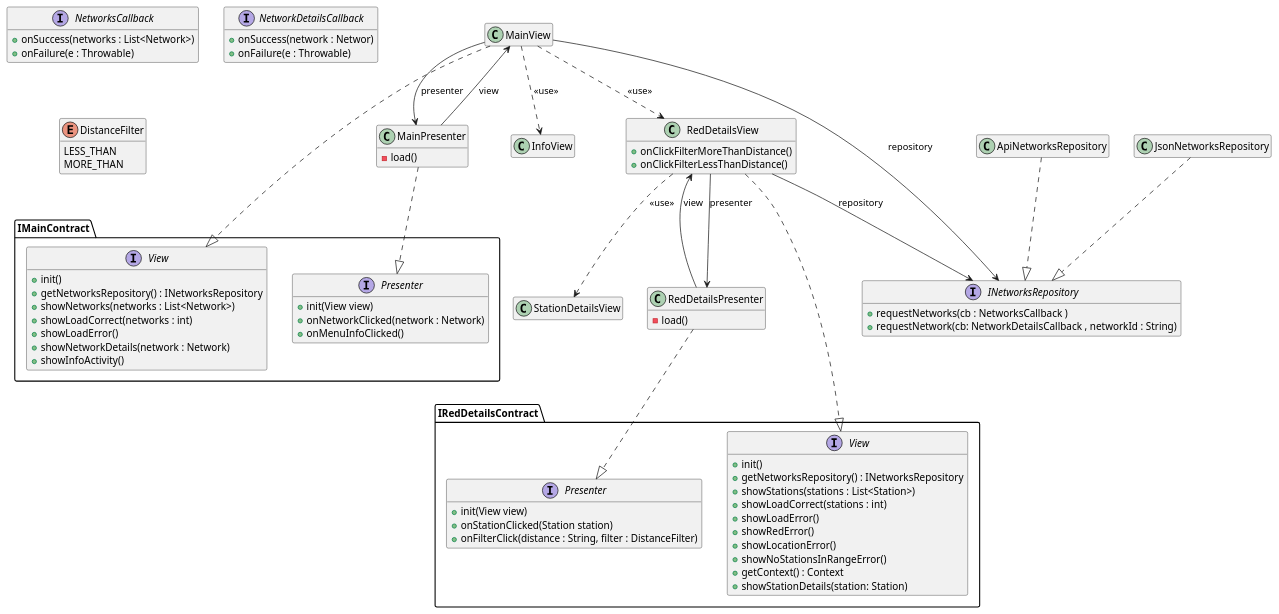
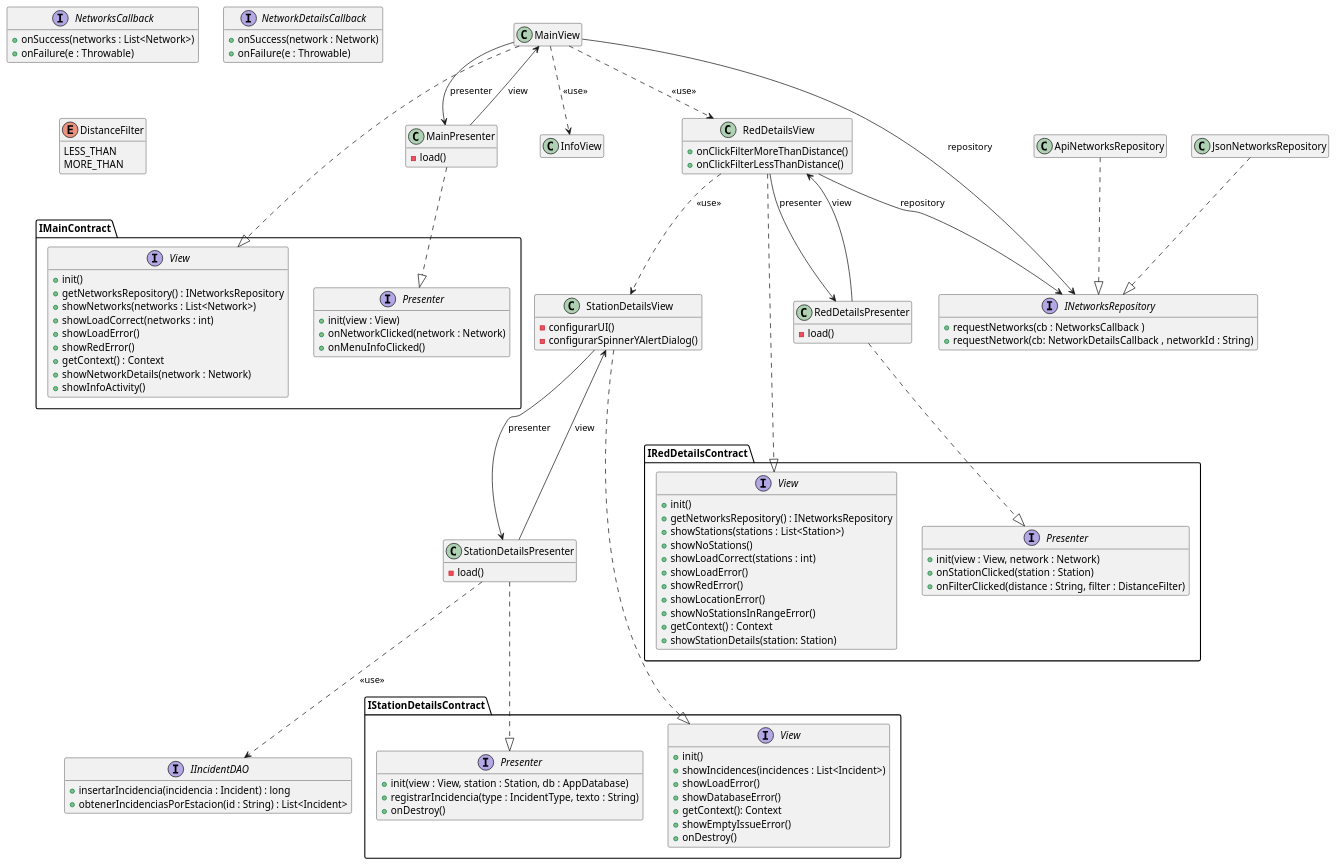
Before and after one commit to isunican/App-Bicis-Grupo1: the diagram in Docs/Models/architecture.puml, drawn with PlantUML. The commit also changed 1 other file, not shown here.

Commit message:
Actualizado modelo de arquitectura con los métodos privados de Station details view nuevos

```diff
--- a/Docs/Models/architecture.puml
+++ b/Docs/Models/architecture.puml
@@ -1,99 +1,138 @@
 @startuml architecture
 
 hide empty members
 
 MainView ..|> IMainContract.View
 MainPresenter ..|> IMainContract.Presenter
 MainView --> INetworksRepository : repository
 ApiNetworksRepository ..|> INetworksRepository
 JsonNetworksRepository ..|> INetworksRepository
 MainView --> MainPresenter : presenter
 MainPresenter --> MainView : view
 MainView ..> InfoView : <<use>>
 MainView ..> RedDetailsView : <<use>>
 RedDetailsView ..> StationDetailsView : <<use>>
 
 RedDetailsView ..|> IRedDetailsContract.View
 RedDetailsPresenter ..|> IRedDetailsContract.Presenter
 RedDetailsView --> INetworksRepository : repository
 RedDetailsView --> RedDetailsPresenter : presenter
 RedDetailsPresenter --> RedDetailsView : view
 
+StationDetailsView ..|> IStationDetailsContract.View
+StationDetailsPresenter ..|> IStationDetailsContract.Presenter
+StationDetailsView --> StationDetailsPresenter : presenter
+StationDetailsPresenter --> StationDetailsView : view
+StationDetailsPresenter ..> IIncidentDAO : <<use>>
+
+
 class MainView {
 }
 
 class MainPresenter {
     -load()
 }
 
 class InfoView
 
-class StationDetailsView
+class StationDetailsView{
+    - configurarUI()
+    - configurarSpinnerYAlertDialog()
+}
+
+class StationDetailsPresenter {
+    -load()
+}
+
 
 class RedDetailsView {
     +onClickFilterMoreThanDistance()
     +onClickFilterLessThanDistance()
 }
 class RedDetailsPresenter {
     -load()
 }
 
 class ApiNetworksRepository
 class JsonNetworksRepository
 
 interface IMainContract.View {
     + init()
     + getNetworksRepository() : INetworksRepository
     + showNetworks(networks : List<Network>)
     + showLoadCorrect(networks : int)
     + showLoadError()
+    + showRedError()
+    + getContext() : Context
     + showNetworkDetails(network : Network)
     + showInfoActivity()
 }
 
 interface IMainContract.Presenter {
-    + init(View view)
+    + init(view : View)
     + onNetworkClicked(network : Network)
     + onMenuInfoClicked()
 }
 
 interface IRedDetailsContract.View {
     + init()
     + getNetworksRepository() : INetworksRepository
     + showStations(stations : List<Station>)
+    + showNoStations()
     + showLoadCorrect(stations : int)
     + showLoadError()
     + showRedError()
     + showLocationError()
     + showNoStationsInRangeError()
     + getContext() : Context
     + showStationDetails(station: Station)
 }
 
 interface IRedDetailsContract.Presenter {
-    + init(View view)
-    + onStationClicked(Station station)
-    + onFilterClick(distance : String, filter : DistanceFilter)
+    + init(view : View, network : Network)
+    + onStationClicked(station : Station)
+    + onFilterClicked(distance : String, filter : DistanceFilter)
 }
 
 interface INetworksRepository {
     + requestNetworks(cb : NetworksCallback )
     + requestNetwork(cb: NetworkDetailsCallback , networkId : String)
 }
 
 interface NetworksCallback {
     + onSuccess(networks : List<Network>)
     + onFailure(e : Throwable)
 }
 
 interface NetworkDetailsCallback {
-    + onSuccess(network : Networ)
+    + onSuccess(network : Network)
     + onFailure(e : Throwable)
 }
 
 enum DistanceFilter {
     LESS_THAN
     MORE_THAN
 }
 
+interface IStationDetailsContract.Presenter {
+    + init(view : View, station : Station, db : AppDatabase)
+    + registrarIncidencia(type : IncidentType, texto : String)
+    + onDestroy()
+}
+
+interface IStationDetailsContract.View {
+    + init()
+    + showIncidences(incidences : List<Incident>)
+    + showLoadError()
+    + showDatabaseError()
+    + getContext(): Context
+    + showEmptyIssueError()
+    + onDestroy()
+}
+
+interface IIncidentDAO {
+    + insertarIncidencia(incidencia : Incident) : long
+    + obtenerIncidenciasPorEstacion(id : String) : List<Incident>
+}
+
 @enduml
```
